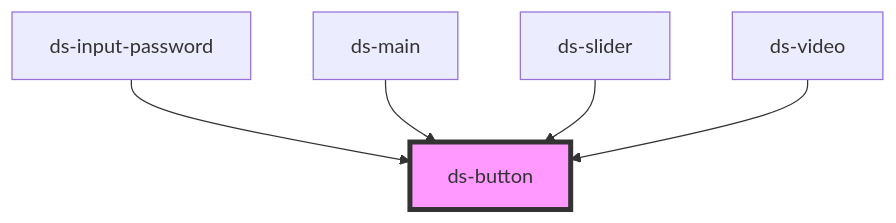
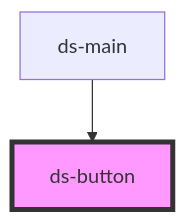
The diagram in components/core/button/readme.md (jezoock/dot-stash), drawn with Mermaid before and after one commit. The commit also changed other lines of this file and 16 other files, not shown here.

````diff
--- a/components/core/button/readme.md
+++ b/components/core/button/readme.md
@@ -37,8 +34,5 @@
 ```mermaid
 graph TD;
-  ds-input-password --> ds-button
   ds-main --> ds-button
-  ds-slider --> ds-button
-  ds-video --> ds-button
   style ds-button fill:#f9f,stroke:#333,stroke-width:4px
 ```
````
